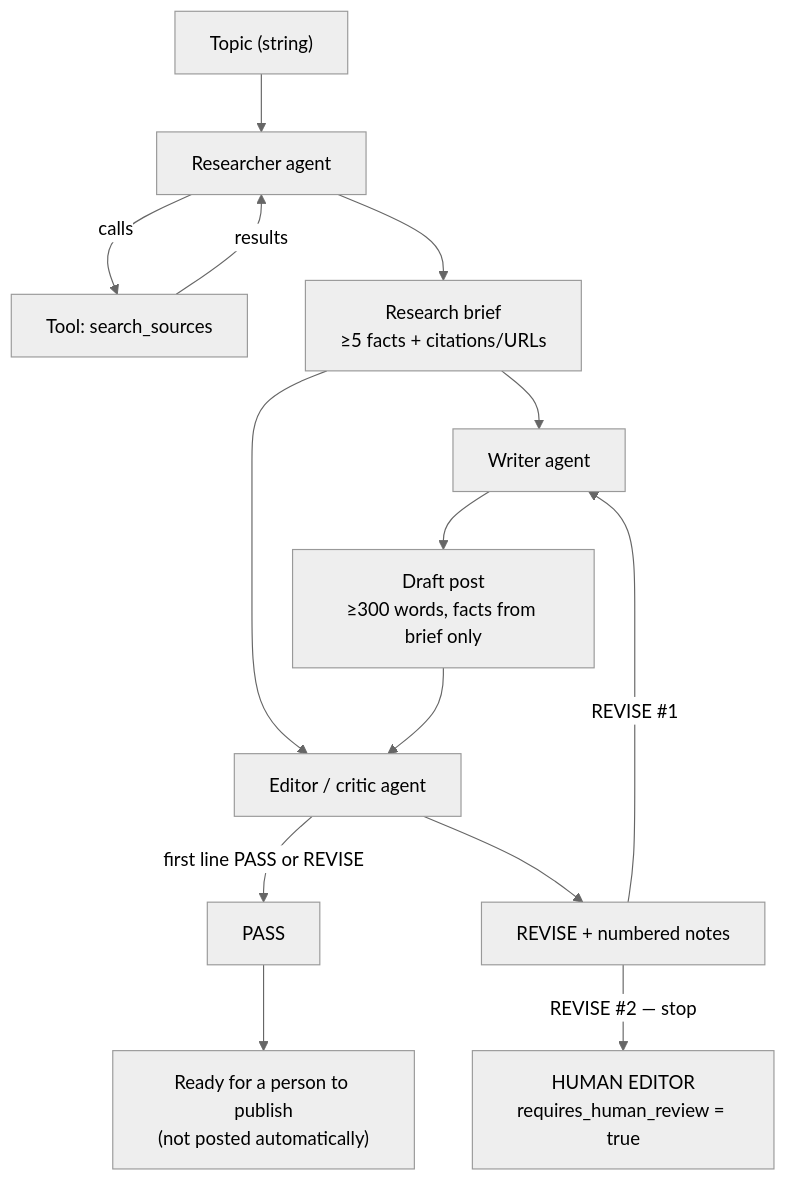
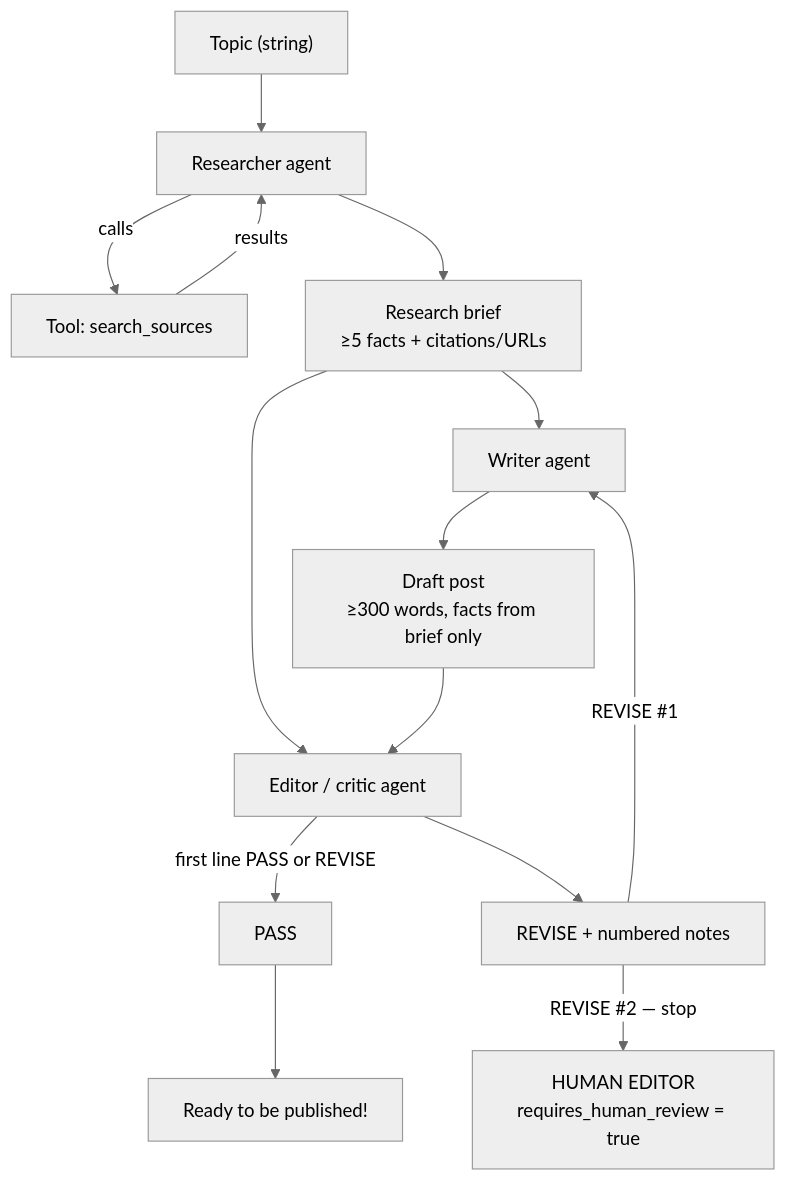
One commit to kellieoquinn-idir/Content-Production-Agent changed the diagram in README.md. Above: the diagram before and after it, drawn with Mermaid (neutral theme).

Commit message:
Update README to clarify publication status

````diff
--- a/README.md
+++ b/README.md
@@ -24,27 +24,27 @@
 ```mermaid
 flowchart TD
     topic["Topic (string)"]
     researcher["Researcher agent"]
     search["Tool: search_sources"]
     brief["Research brief\n≥5 facts + citations/URLs"]
     writer["Writer agent"]
     draft["Draft post\n≥300 words, facts from brief only"]
     editor["Editor / critic agent"]
     pass["PASS"]
     revise["REVISE + numbered notes"]
     human["HUMAN EDITOR\nrequires_human_review = true"]
 
     topic --> researcher
     researcher -->|"calls"| search
     search -->|"results"| researcher
     researcher --> brief
     brief --> writer
     writer --> draft
     brief --> editor
     draft --> editor
     editor -->|"first line PASS or REVISE"| pass
     editor --> revise
     revise -->|"REVISE #1"| writer
     revise -->|"REVISE #2 — stop"| human
-    pass --> done["Ready for a person to publish\n(not posted automatically)"]
+    pass --> done["Ready to be published!"]
 ```
````
